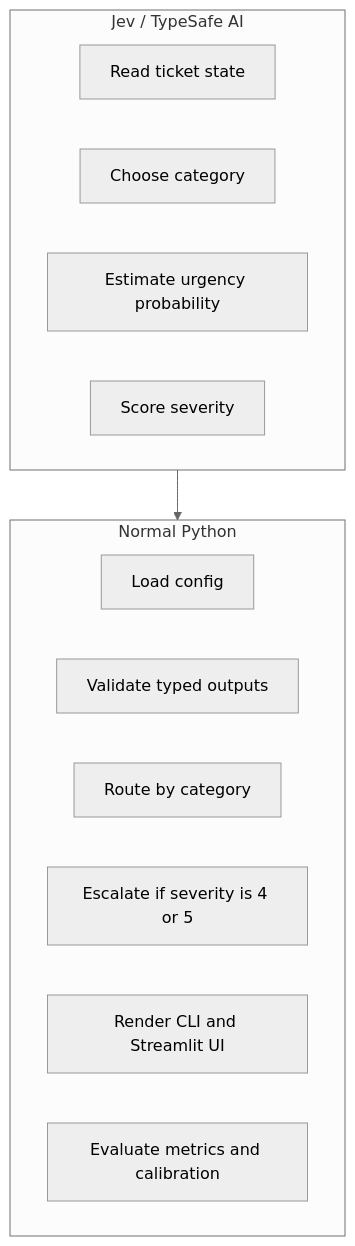
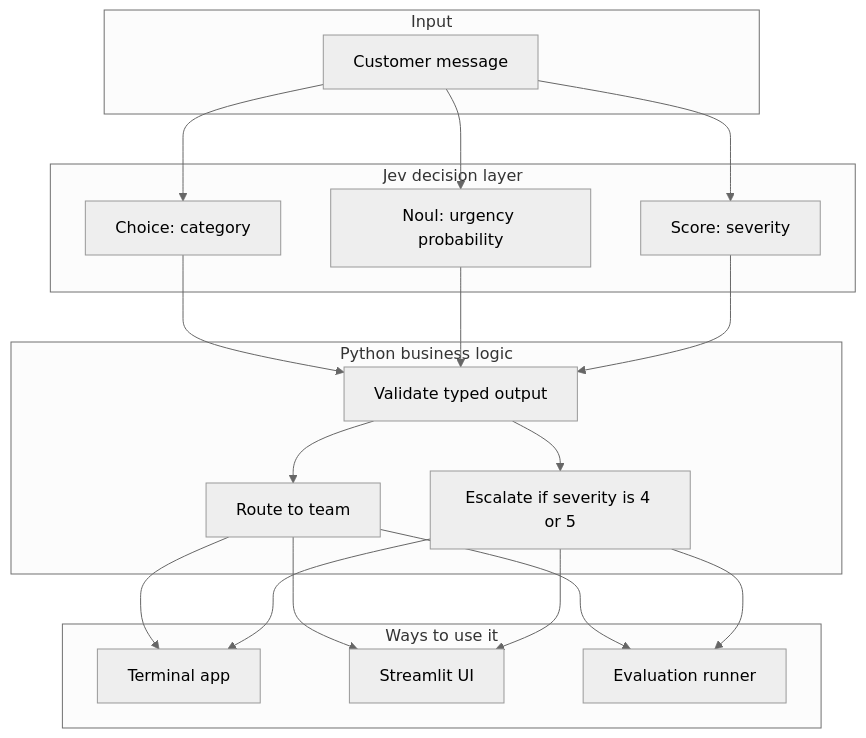
The second of 9 diagrams in README.md (mallelamanojkumar90/JevTicket), drawn with Mermaid (neutral theme) before and after one commit. The commit also changed other lines of this file, not shown here.

Commit message:
Make README flow-focused

````diff
--- a/README.md
+++ b/README.md
@@ -27,20 +19,39 @@
 ```mermaid
 flowchart TB
-    subgraph Jev["Jev / TypeSafe AI"]
-        A1[Read ticket state]
-        A2[Choose category]
-        A3[Estimate urgency probability]
-        A4[Score severity]
+    subgraph Input["Input"]
+        A[Customer message]
     end
 
-    subgraph Python["Normal Python"]
-        B1[Load config]
-        B2[Validate typed outputs]
-        B3[Route by category]
-        B4[Escalate if severity is 4 or 5]
-        B5[Render CLI and Streamlit UI]
-        B6[Evaluate metrics and calibration]
+    subgraph JevLayer["Jev decision layer"]
+        B[Choice: category]
+        C[Noul: urgency probability]
+        D[Score: severity]
     end
 
-    Jev --> Python
+    subgraph PythonLayer["Python business logic"]
+        E[Validate typed output]
+        F[Route to team]
+        G[Escalate if severity is 4 or 5]
+    end
+
+    subgraph Interfaces["Ways to use it"]
+        H[Terminal app]
+        I[Streamlit UI]
+        J[Evaluation runner]
+    end
+
+    A --> B
+    A --> C
+    A --> D
+    B --> E
+    C --> E
+    D --> E
+    E --> F
+    E --> G
+    F --> H
+    F --> I
+    F --> J
+    G --> H
+    G --> I
+    G --> J
 ```
````
